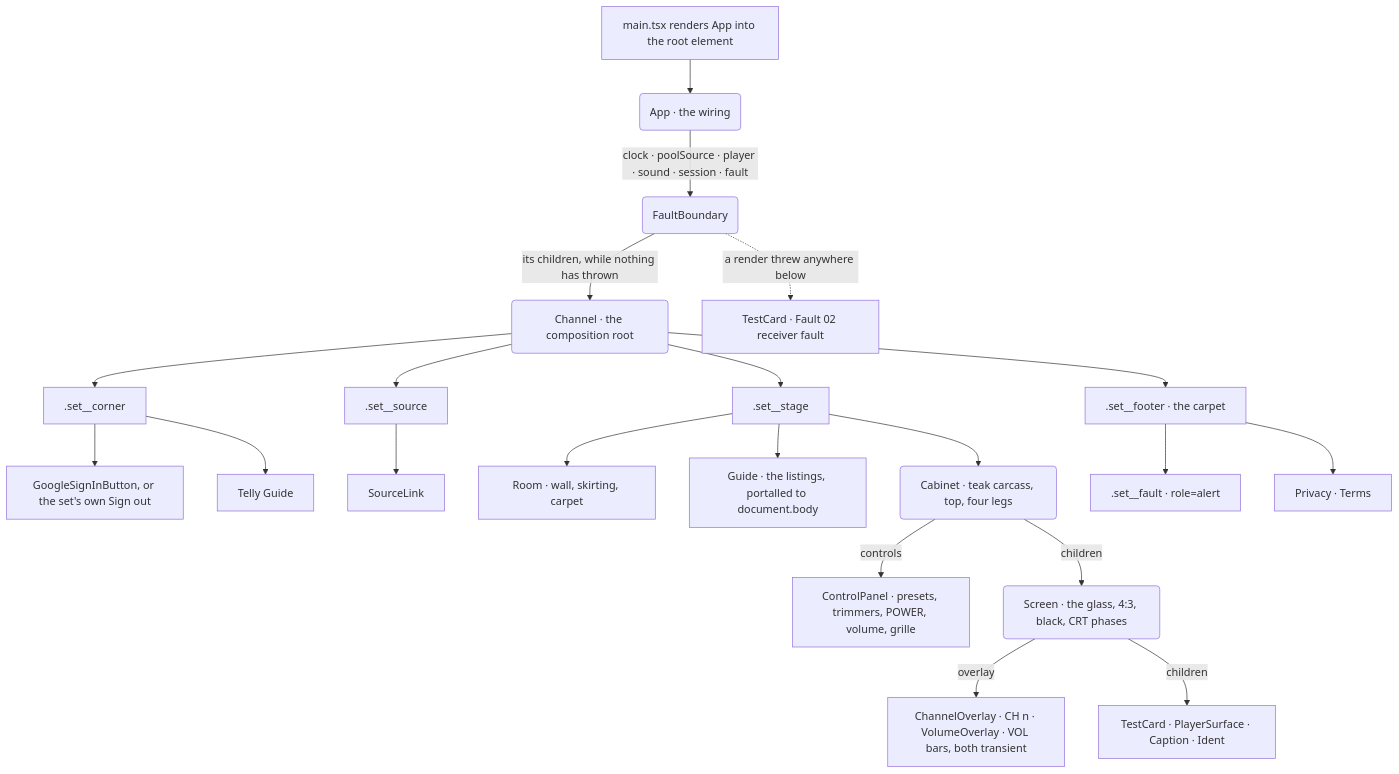
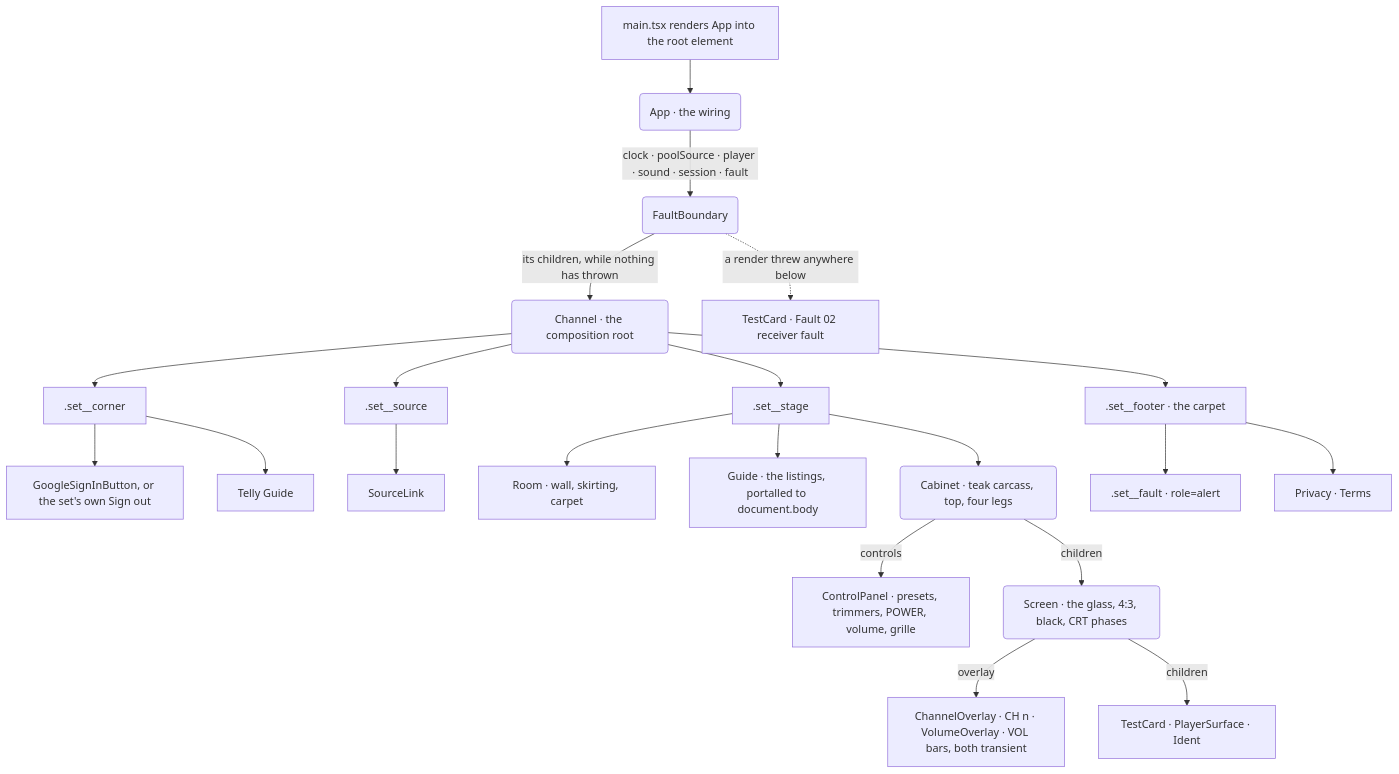
One commit to coolhandle01/telly changed the first of 5 diagrams in docs/architecture/components.md. Above: the diagram before and after it, drawn with Mermaid. The commit also changed other lines of this file and 159 other files, not shown here.

````diff
--- a/docs/architecture/components.md
+++ b/docs/architecture/components.md
@@ -6,25 +6,25 @@
 ```mermaid
 flowchart TB
   root["main.tsx renders App into the root element"] --> app("App · the wiring")
   app -->|"clock · poolSource · player · sound · session · fault"| fb("FaultBoundary")
   fb -->|"its children, while nothing has thrown"| ch("Channel · the composition root")
   fb -.->|"a render threw anywhere below"| fbcard["TestCard · Fault 02 receiver fault"]
 
   ch --> corner[".set__corner"]
   ch --> src[".set__source"]
   ch --> stage[".set__stage"]
   ch --> footer[".set__footer · the carpet"]
 
   corner --> signin["GoogleSignInButton, or the set's own Sign out"]
   corner --> guidebtn["Telly Guide"]
   src --> link["SourceLink"]
   stage --> room["Room · wall, skirting, carpet"]
   stage --> guide["Guide · the listings, portalled to document.body"]
   stage --> cab("Cabinet · teak carcass, top, four legs")
   cab -->|"controls"| panel["ControlPanel · presets, trimmers, POWER, volume, grille"]
   cab -->|"children"| screen("Screen · the glass, 4:3, black, CRT phases")
   screen -->|"overlay"| osd["ChannelOverlay · CH n · VolumeOverlay · VOL bars, both transient"]
-  screen -->|"children"| air["TestCard · PlayerSurface · Caption · Ident"]
+  screen -->|"children"| air["TestCard · PlayerSurface · Ident"]
   footer --> alert[".set__fault · role=alert"]
   footer --> legal["Privacy · Terms"]
 ```
````
